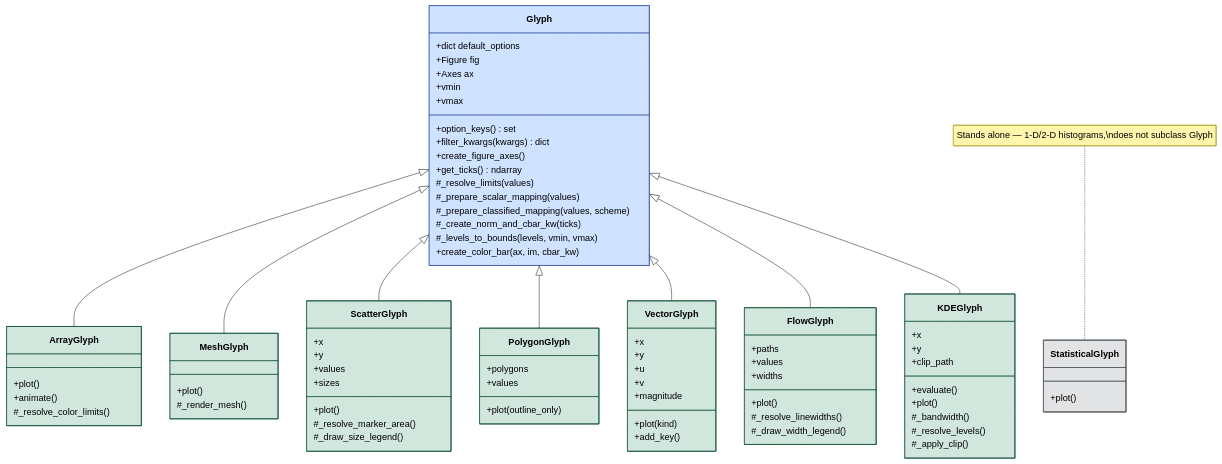
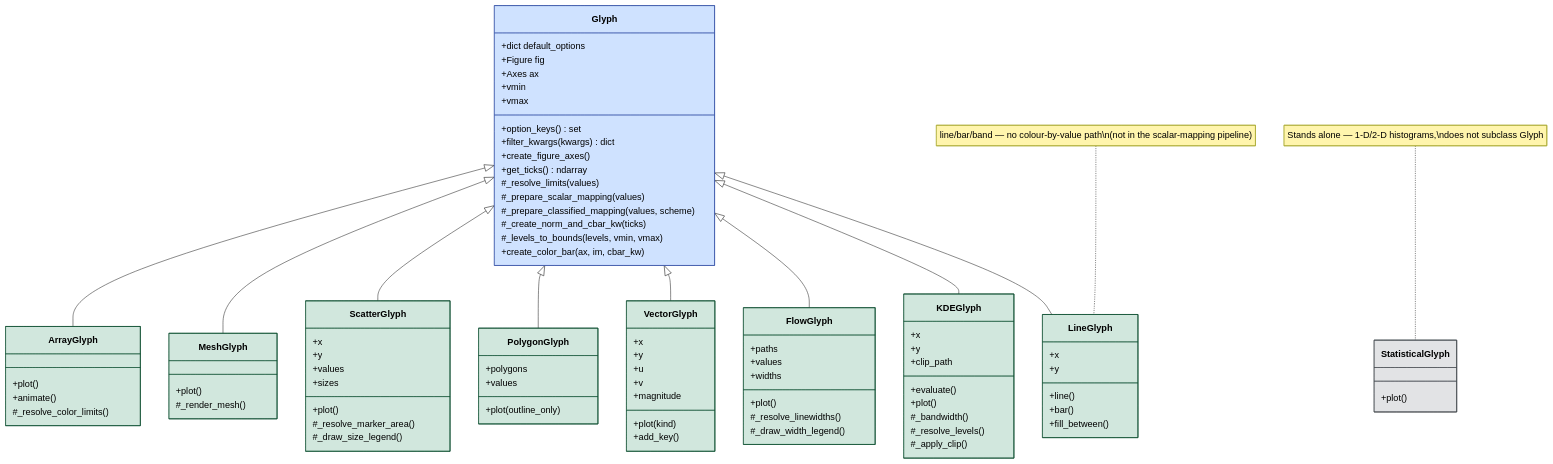
The first of 5 diagrams in docs/diagrams/glyph-architecture.md (serapeum-org/cleopatra), drawn with Mermaid before and after one commit. The commit also changed other lines of this file and 30 other files, not shown here.

````diff
--- a/docs/diagrams/glyph-architecture.md
+++ b/docs/diagrams/glyph-architecture.md
@@ -93,6 +96,13 @@
         #_resolve_levels()
         #_apply_clip()
     }
+    class LineGlyph {
+        +x
+        +y
+        +line()
+        +bar()
+        +fill_between()
+    }
     class StatisticalGlyph {
         +plot()
     }
@@ -104,8 +114,10 @@
     Glyph <|-- VectorGlyph
     Glyph <|-- FlowGlyph
     Glyph <|-- KDEGlyph
+    Glyph <|-- LineGlyph
 
     note for StatisticalGlyph "Stands alone — 1-D/2-D histograms,\ndoes not subclass Glyph"
+    note for LineGlyph "line/bar/band — no colour-by-value path\n(not in the scalar-mapping pipeline)"
 
     style Glyph fill:#cfe2ff,stroke:#3D59AB,color:#000
     style ArrayGlyph fill:#d1e7dd,stroke:#0f5132,color:#000
@@ -115,5 +127,6 @@
     style VectorGlyph fill:#d1e7dd,stroke:#0f5132,color:#000
     style FlowGlyph fill:#d1e7dd,stroke:#0f5132,color:#000
     style KDEGlyph fill:#d1e7dd,stroke:#0f5132,color:#000
+    style LineGlyph fill:#d1e7dd,stroke:#0f5132,color:#000
     style StatisticalGlyph fill:#e2e3e5,stroke:#41464b,color:#000
 ```
````
